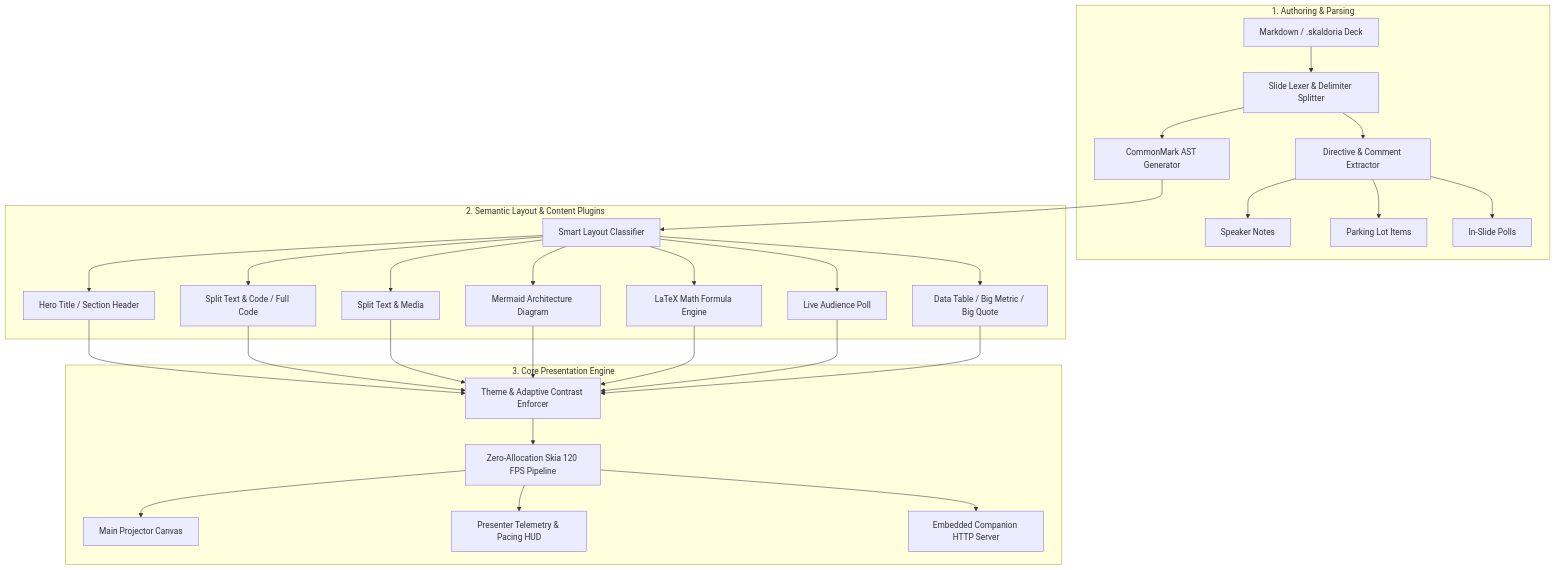
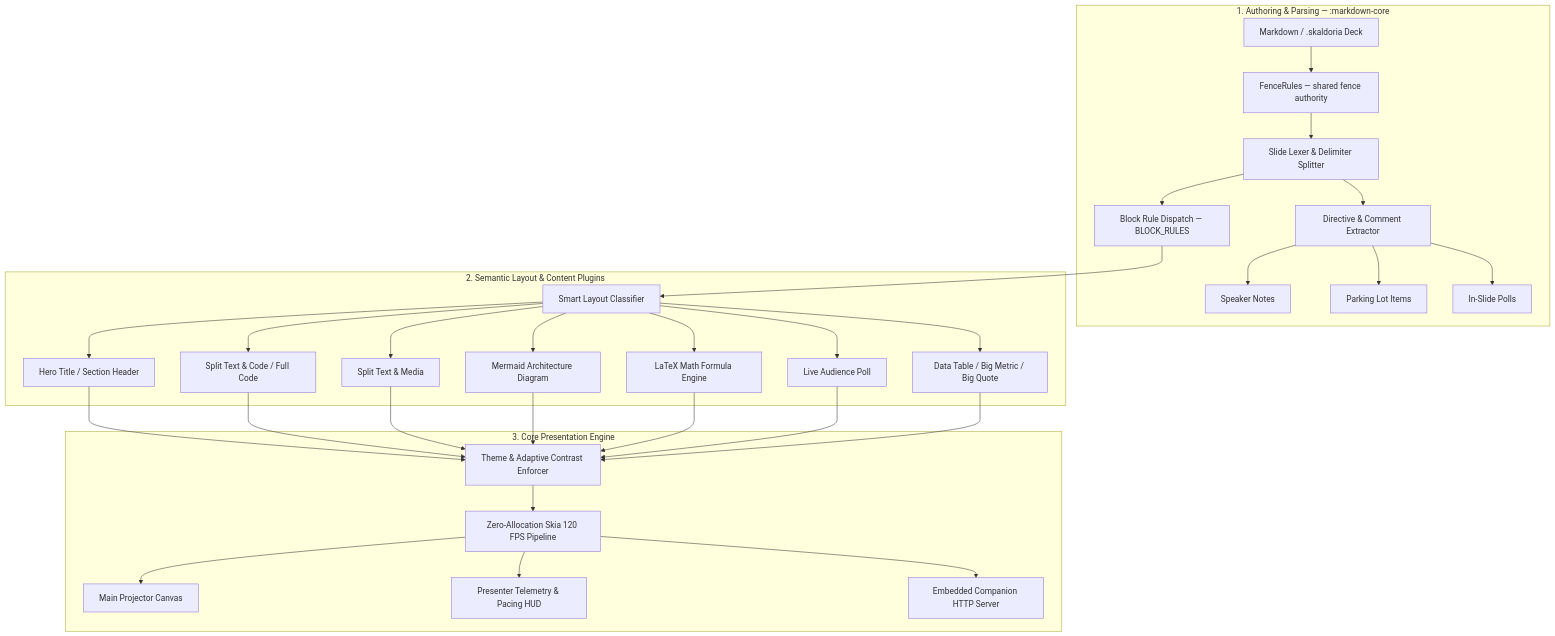
One commit to esgaltur/Skaldoria changed the diagram in FUNCTIONAL_SPECIFICATION.md. Above: the diagram before and after it, drawn with Mermaid. The commit also changed other lines of this file and 4 other files, not shown here.

Commit message:
refactor(markdown): clarify markdown parser dependencies and improve fence handling consistency

````diff
--- a/FUNCTIONAL_SPECIFICATION.md
+++ b/FUNCTIONAL_SPECIFICATION.md
@@ -24,30 +24,31 @@
 ```mermaid
 flowchart TD
-    subgraph Authoring["1. Authoring & Parsing"]
-        MD[Markdown / .skaldoria Deck] --> Lexer[Slide Lexer & Delimiter Splitter]
-        Lexer --> AST[CommonMark AST Generator]
+    subgraph Authoring["1. Authoring & Parsing — :markdown-core"]
+        MD[Markdown / .skaldoria Deck] --> Fence[FenceRules — shared fence authority]
+        Fence --> Lexer[Slide Lexer & Delimiter Splitter]
+        Lexer --> Blocks[Block Rule Dispatch — BLOCK_RULES]
         Lexer --> Directives[Directive & Comment Extractor]
         Directives --> Notes[Speaker Notes]
         Directives --> ParkingLot[Parking Lot Items]
         Directives --> Polls[In-Slide Polls]
     end
 
     subgraph Plugins["2. Semantic Layout & Content Plugins"]
-        AST --> Classifier[Smart Layout Classifier]
+        Blocks --> Classifier[Smart Layout Classifier]
         Classifier --> L1[Hero Title / Section Header]
         Classifier --> L2[Split Text & Code / Full Code]
         Classifier --> L3[Split Text & Media]
         Classifier --> L4[Mermaid Architecture Diagram]
         Classifier --> L5[LaTeX Math Formula Engine]
         Classifier --> L6[Live Audience Poll]
         Classifier --> L7[Data Table / Big Metric / Big Quote]
     end
 
     subgraph Engine["3. Core Presentation Engine"]
         L1 & L2 & L3 & L4 & L5 & L6 & L7 --> ThemeEngine[Theme & Adaptive Contrast Enforcer]
         ThemeEngine --> RenderPipeline[Zero-Allocation Skia 120 FPS Pipeline]
         RenderPipeline --> Projector[Main Projector Canvas]
         RenderPipeline --> PresenterHUD[Presenter Telemetry & Pacing HUD]
         RenderPipeline --> RemoteServer[Embedded Companion HTTP Server]
     end
 ```
````
